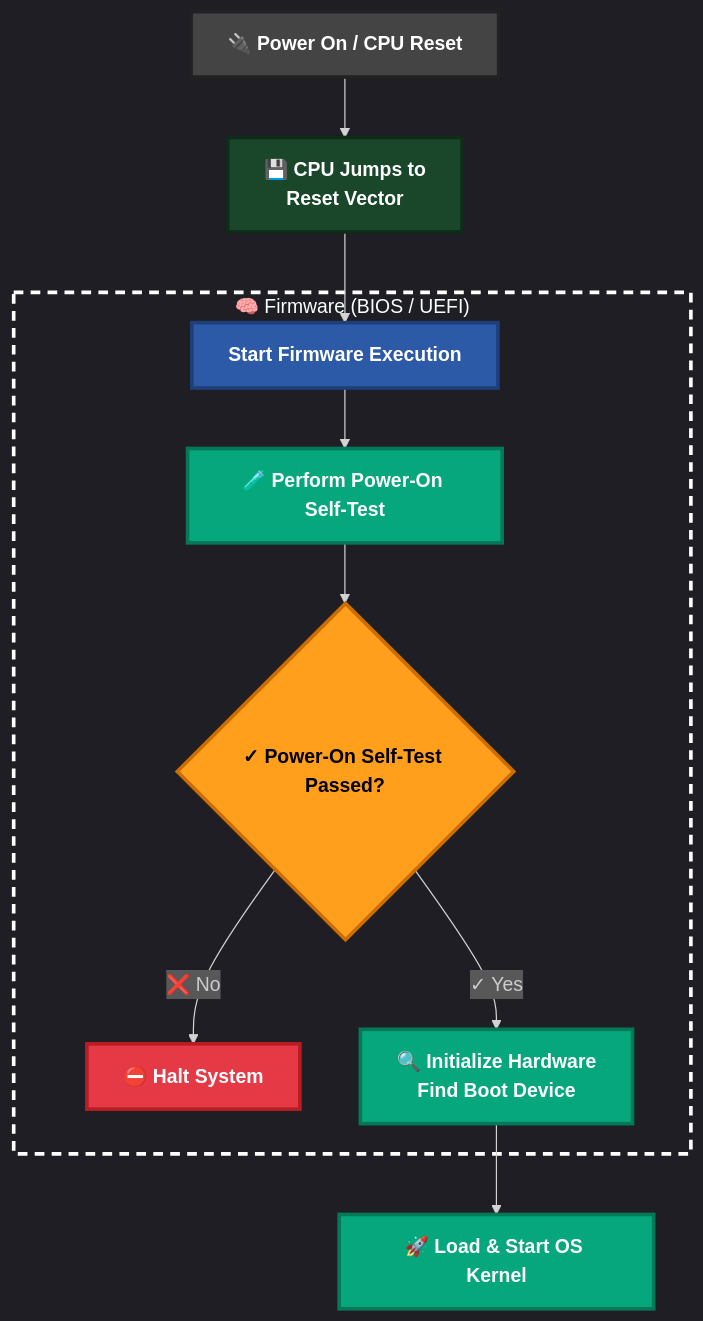
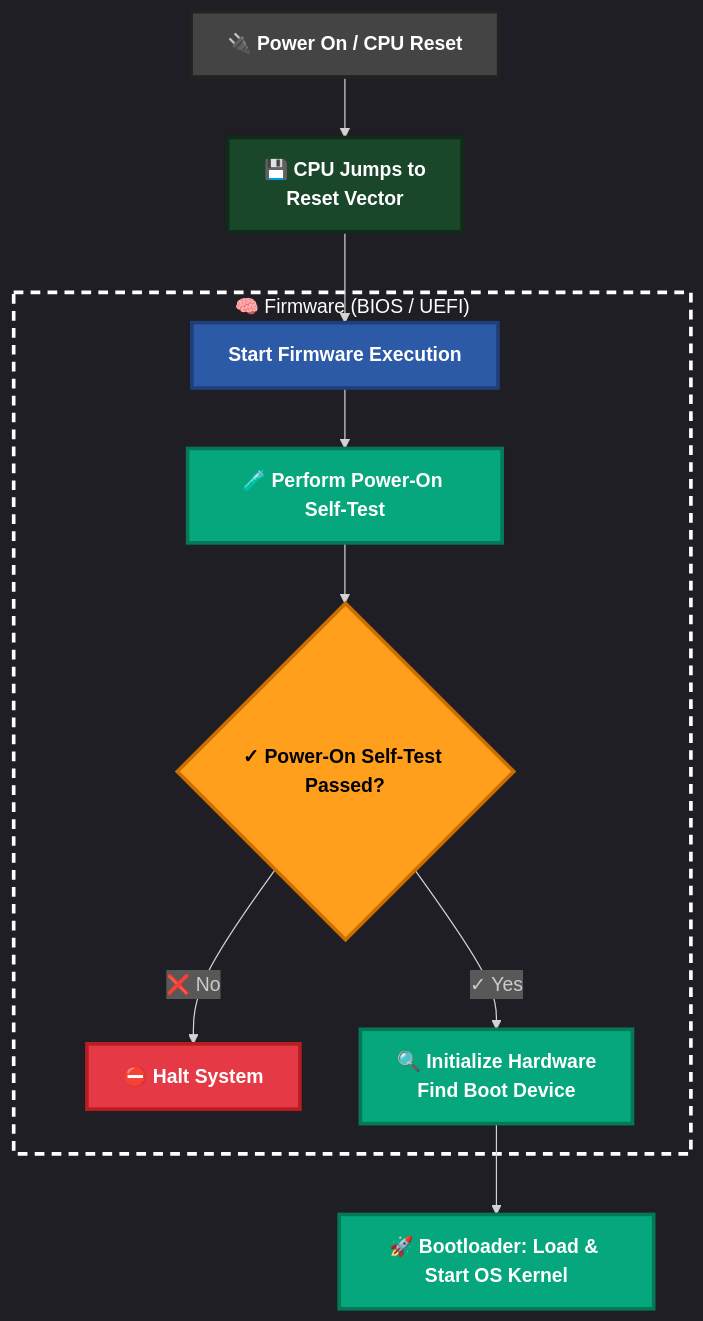
Before and after one commit to prabhavdogra/prabhavdogra.github.io: the diagram in src/content/blog/boot-me-maybe-os-in-rust.md, drawn with Mermaid. The commit also changed other lines of this file, not shown here.

````diff
--- a/src/content/blog/boot-me-maybe-os-in-rust.md
+++ b/src/content/blog/boot-me-maybe-os-in-rust.md
@@ -131,30 +131,30 @@
 ```mermaid
 %%{init: {'flowchart': {'htmlLabels': true}, 'theme': 'dark'}}%%
 flowchart TD
     A["🔌 Power On / CPU Reset"] --> B["💾 CPU Jumps to<br/>Reset Vector"]
 
     subgraph FW["🧠 Firmware (BIOS / UEFI)"]
         C["Start Firmware Execution"]
         D["🧪 Perform Power-On Self-Test"]
         E{"✓ Power-On Self-Test Passed?"}
         F["⛔ Halt System"]
         G["🔍 Initialize Hardware<br/>Find Boot Device"]
     end
 
     B --> C
     C --> D
     D --> E
     E -->|❌ No| F
     E -->|✓ Yes| G
-    G --> H["🚀 Load & Start OS Kernel"]
+    G --> H["🚀 Bootloader: Load & Start OS Kernel"]
 
     style FW fill:none,stroke:#ffffff,stroke-width:3px,stroke-dasharray: 8 6
     style A fill:#444,stroke:#222,stroke-width:3px,color:#fff,font-weight:bold
     style B fill:#1a472a,stroke:#0f2b1a,stroke-width:3px,color:#fff,font-weight:bold
     style C fill:#2d5aa6,stroke:#1e3f7a,stroke-width:3px,color:#fff,font-weight:bold
     style D fill:#06a77d,stroke:#047857,stroke-width:3px,color:#fff,font-weight:bold
     style E fill:#ff9f1c,stroke:#cc6d00,stroke-width:3px,color:#000,font-weight:bold
     style F fill:#e63946,stroke:#b81d22,stroke-width:3px,color:#fff,font-weight:bold
     style G fill:#06a77d,stroke:#047857,stroke-width:3px,color:#fff,font-weight:bold
     style H fill:#06a77d,stroke:#047857,stroke-width:3px,color:#fff,font-weight:bold
 ```
````
